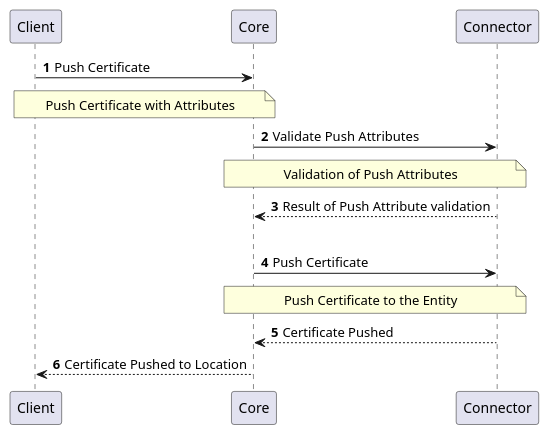
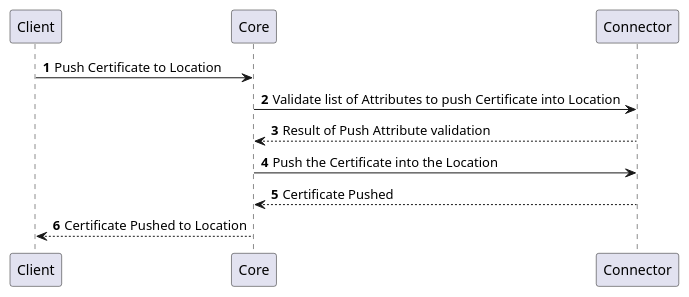
Diagram 12 of 13 in docs/12-connectors/05-description/32-entity-provider.md (CZERTAINLY/CZERTAINLY-Documentation), drawn with PlantUML before and after one commit. The commit also changed other lines of this file and 8 other files, not shown here.

First line of the commit message:
Update description of plantuml diagrams on the providers

````diff
--- a/docs/12-connectors/05-description/32-entity-provider.md
+++ b/docs/12-connectors/05-description/32-entity-provider.md
@@ -297,16 +224,12 @@
 ```plantuml
     @startuml
     autonumber
     skinparam topurl https://docs.czertainly.com/api/
-        Client -> Core [[core-location/#tag/Location-Management-API/operation/pushCertificate]]: Push Certificate
-        note over Client,Core: Push Certificate with Attributes
-        Core -> Connector [[connector-entity-provider/#tag/Location-Operations-API/operation/validatePushCertificateAttributes]]: Validate Push Attributes
-        note over Core,Connector: Validation of Push Attributes
+        Client -> Core [[core-location/#tag/Location-Management-API/operation/pushCertificate]]: Push Certificate to Location
+        Core -> Connector [[connector-entity-provider/#tag/Location-Operations-API/operation/validatePushCertificateAttributes]]: Validate list of Attributes to push Certificate into Location
         Connector --> Core: Result of Push Attribute validation
-        |||
-        Core -> Connector [[connector-entity-provider/#tag/Location-Operations-API/operation/pushCertificateToLocation]]: Push Certificate
-        note over Core,Connector: Push Certificate to the Entity
+        Core -> Connector [[connector-entity-provider/#tag/Location-Operations-API/operation/pushCertificateToLocation]]: Push the Certificate into the Location
         Connector --> Core: Certificate Pushed
         Core --> Client: Certificate Pushed to Location
     @enduml
 ```
````
